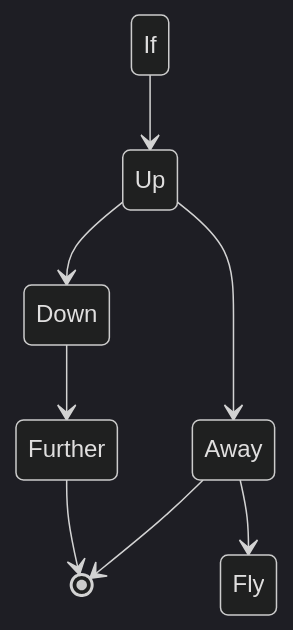
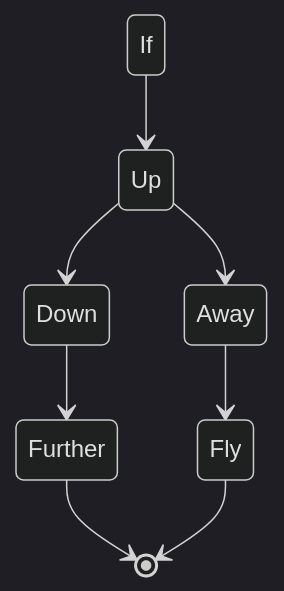
The diagram in Diagram.md (slaucks/slaucks.github.io), drawn with Mermaid (dark theme) before and after one commit.

````diff
--- a/Diagram.md
+++ b/Diagram.md
@@ -1,12 +1,12 @@
 ```mermaid
 
 stateDiagram-v2
     If --> Up
     Up --> Down
 
     Down --> Further
     Up --> Away
     Away --> Fly
     Further --> [*]
-    Away --> [*]
+    Fly --> [*]
 ```
````
